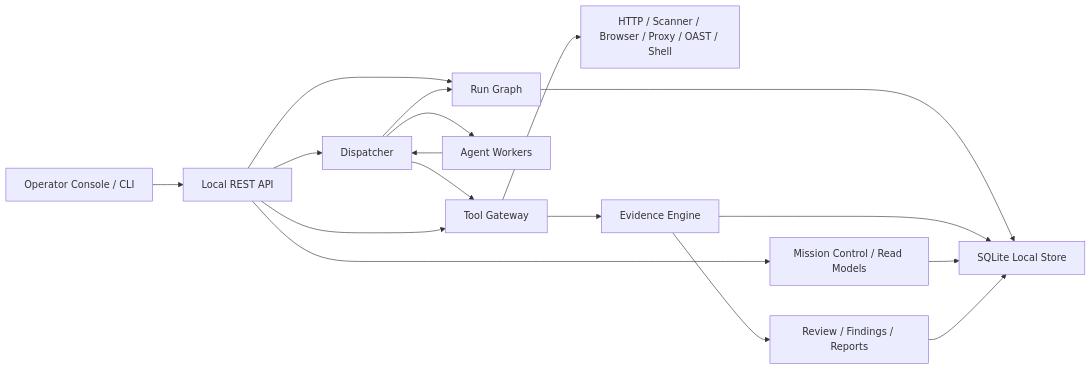
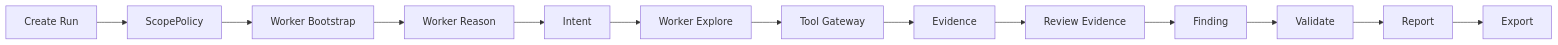
One commit to Coff0xc/AgentRed changed the diagram in README.md. Above: the diagram before and after it, drawn with Mermaid. The commit also changed other lines of this file, not shown here.

Commit message:
docs: rewrite README for operator onboarding

````diff
--- a/README.md
+++ b/README.md
@@ -144,31 +304,15 @@
 ```mermaid
 flowchart LR
-  Operator["Operator Console / CLI"]
-  API["Local REST API"]
-  Mission["Mission Control / Read Models"]
-  Graph["Run Graph"]
-  Dispatcher["Dispatcher"]
-  Worker["Agent Workers"]
-  Gateway["Tool Gateway"]
-  Tools["HTTP / Scanner / Browser / Proxy / OAST / Shell"]
-  Evidence["Evidence Engine"]
-  Review["Review / Findings / Reports"]
-  Store["SQLite Local Store"]
-
-  Operator --> API
-  API --> Mission
-  API --> Graph
-  API --> Dispatcher
-  Dispatcher --> Worker
-  Worker --> Dispatcher
-  Dispatcher --> Graph
-  Dispatcher --> Gateway
-  API --> Gateway
-  Gateway --> Tools
-  Gateway --> Evidence
-  Evidence --> Review
-  Graph --> Store
-  Evidence --> Store
-  Mission --> Store
-  Review --> Store
+  A["Create Run"] --> B["ScopePolicy"]
+  B --> C["Worker Bootstrap"]
+  C --> D["Worker Reason"]
+  D --> E["Intent"]
+  E --> F["Worker Explore"]
+  F --> G["Tool Gateway"]
+  G --> H["Evidence"]
+  H --> I["Review Evidence"]
+  I --> J["Finding"]
+  J --> K["Validate"]
+  K --> L["Report"]
+  L --> M["Export"]
 ```
````
